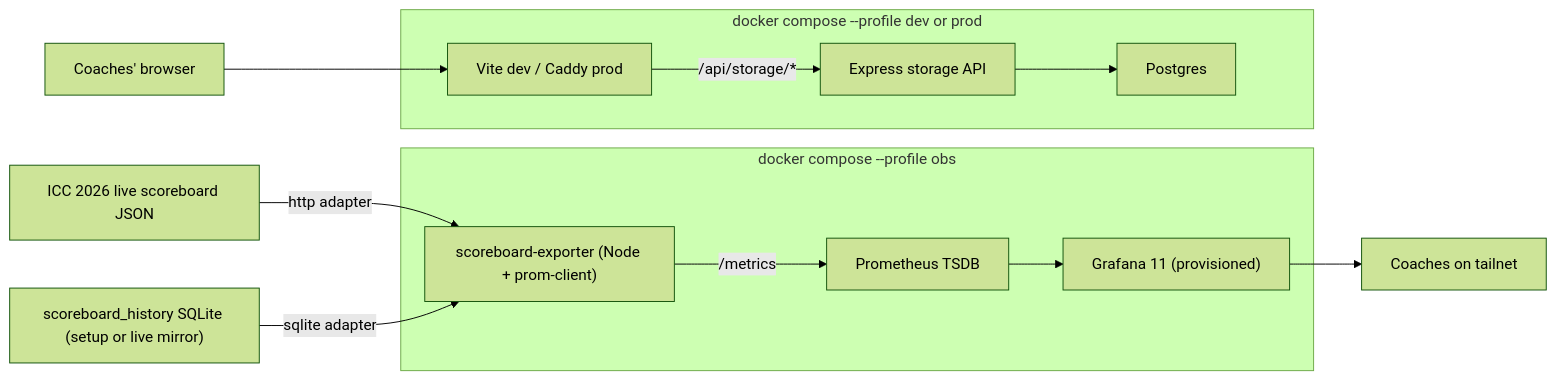
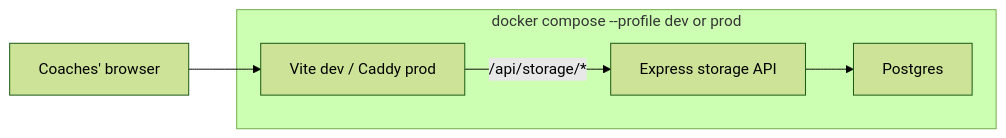
The diagram in README.md (joshbrunty/coach-command-center), drawn with Mermaid (forest theme) before and after one commit. The commit also changed other lines of this file and 21 other files, not shown here.

````diff
--- a/README.md
+++ b/README.md
@@ -171,24 +108,12 @@
 ```mermaid
 flowchart LR
-    LiveJSON["ICC 2026 live scoreboard JSON"] -->|http adapter| Exporter
-    HistDB["scoreboard_history SQLite (setup or live mirror)"] -->|sqlite adapter| Exporter
-    Exporter["scoreboard-exporter (Node + prom-client)"] -->|"/metrics"| Prom["Prometheus TSDB"]
-    Prom --> Grafana["Grafana 11 (provisioned)"]
-    Grafana --> Coaches["Coaches on tailnet"]
-
-    subgraph obsProfile["docker compose --profile obs"]
-        Exporter
-        Prom
-        Grafana
-    end
-
     Browser["Coaches' browser"] --> Web["Vite dev / Caddy prod"]
     Web -->|"/api/storage/*"| API["Express storage API"]
     API --> PG["Postgres"]
 
     subgraph coachProfile["docker compose --profile dev or prod"]
         Web
         API
         PG
     end
 ```
````
